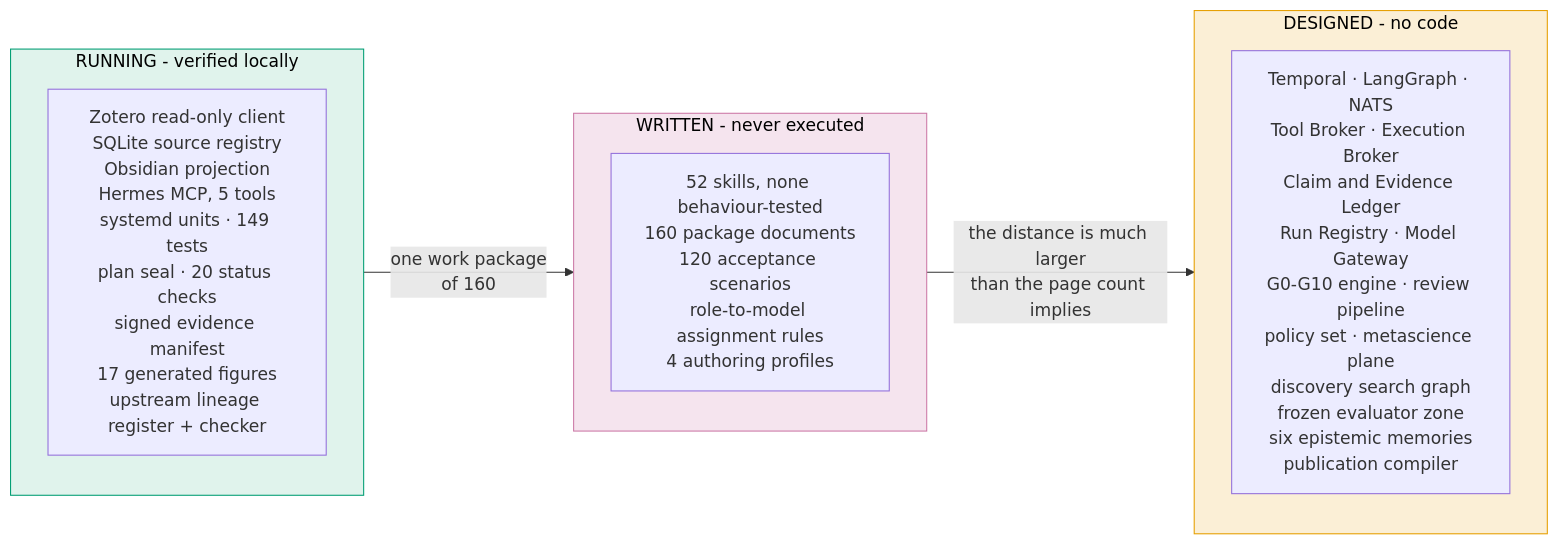
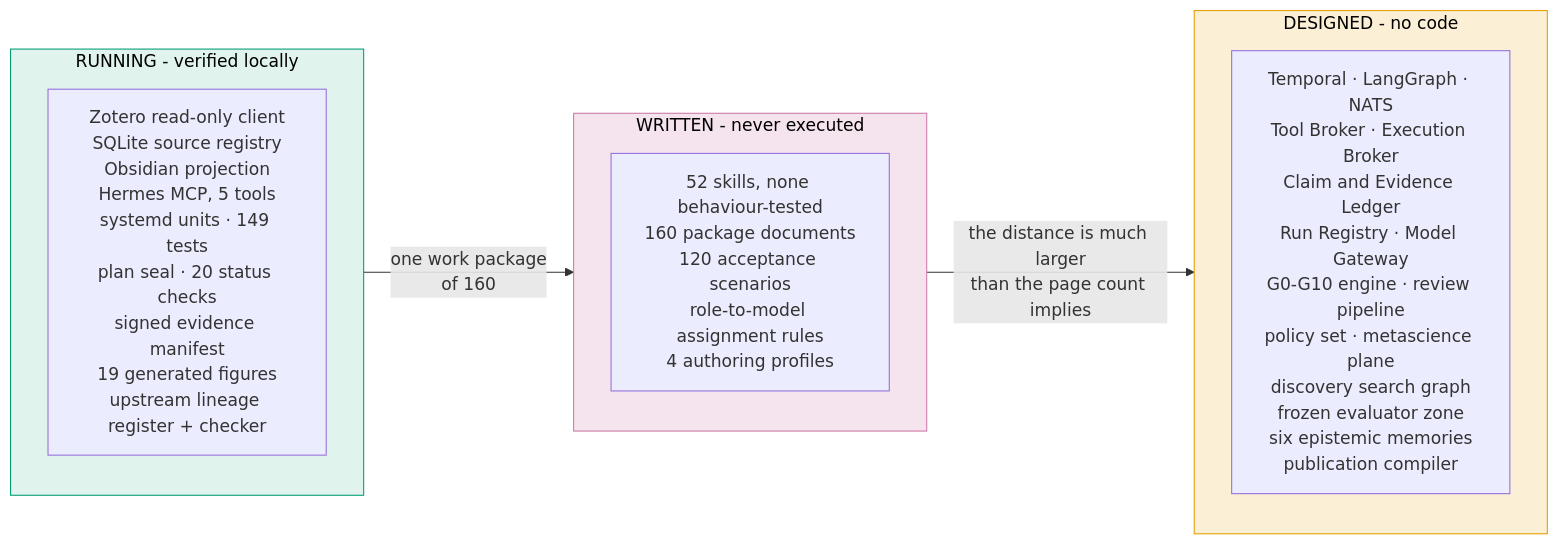
Diagram 15 of 17 in README.md (furkanhanilci/AETHRION), drawn with Mermaid before and after one commit. The commit also changed other lines of this file and 25 other files, not shown here.

````diff
--- a/README.md
+++ b/README.md
@@ -983,17 +1012,17 @@
 ```mermaid
 flowchart LR
     subgraph WORKING["RUNNING - verified locally"]
-        W["Zotero read-only client<br/>SQLite source registry<br/>Obsidian projection<br/>Hermes MCP, 5 tools<br/>systemd units · 149 tests<br/>plan seal · 20 status checks<br/>signed evidence manifest<br/>17 generated figures<br/>upstream lineage register + checker"]
+        W["Zotero read-only client<br/>SQLite source registry<br/>Obsidian projection<br/>Hermes MCP, 5 tools<br/>systemd units · 149 tests<br/>plan seal · 20 status checks<br/>signed evidence manifest<br/>19 generated figures<br/>upstream lineage register + checker"]
     end
     subgraph WRITTEN["WRITTEN - never executed"]
         S["52 skills, none behaviour-tested<br/>160 package documents<br/>120 acceptance scenarios<br/>role-to-model assignment rules<br/>4 authoring profiles"]
     end
     subgraph DESIGNED["DESIGNED - no code"]
         D["Temporal · LangGraph · NATS<br/>Tool Broker · Execution Broker<br/>Claim and Evidence Ledger<br/>Run Registry · Model Gateway<br/>G0-G10 engine · review pipeline<br/>policy set · metascience plane<br/>discovery search graph<br/>frozen evaluator zone<br/>six epistemic memories<br/>publication compiler"]
     end
     WORKING -->|"one work package<br/>of 160"| WRITTEN
     WRITTEN -->|"the distance is much larger<br/>than the page count implies"| DESIGNED
     style WORKING fill:#E0F3EC,stroke:#009E73,color:#000
     style WRITTEN fill:#F5E4EE,stroke:#CC79A7,color:#000
     style DESIGNED fill:#FBEFD6,stroke:#E69F00,color:#000
 ```
````
